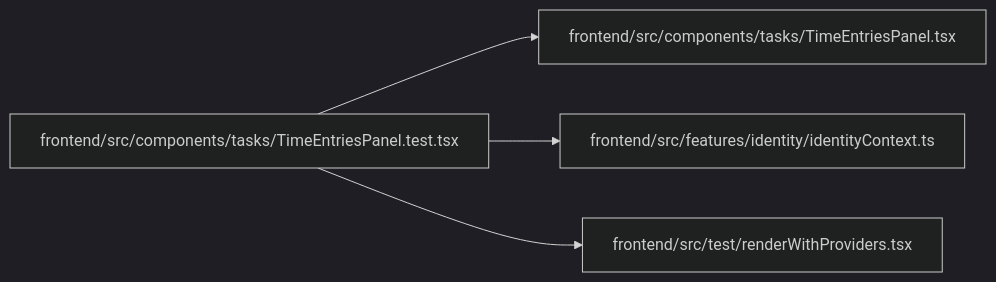
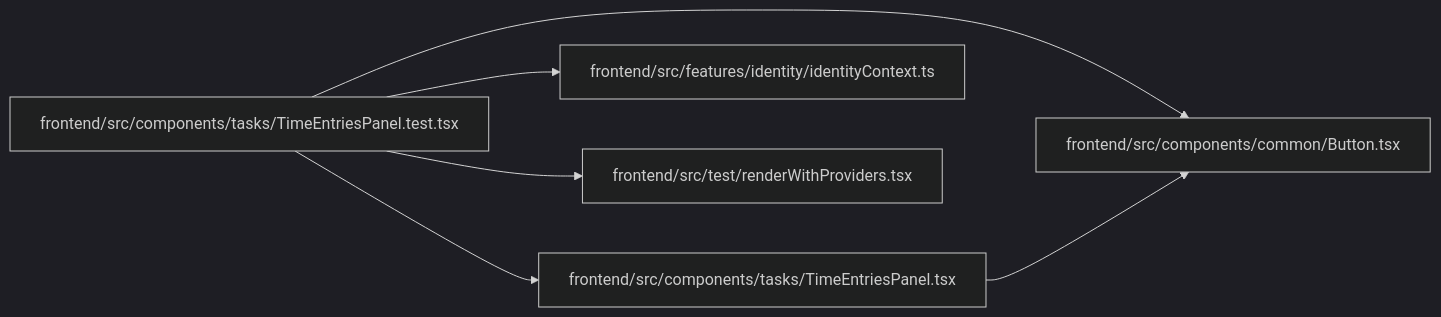
Before and after one commit to Denissvgn/WorkChord: the diagram in docs/llm_wiki/modules/TimeEntriesPanel.test.md, drawn with Mermaid (dark theme). The commit also changed other lines of this file and 2373 other files, not shown here.

````diff
--- a/docs/llm_wiki/modules/TimeEntriesPanel.test.md
+++ b/docs/llm_wiki/modules/TimeEntriesPanel.test.md
@@ -29,14 +30,18 @@
 ```mermaid
 flowchart LR
-    n0["frontend/src/components/tasks/TimeEntriesPanel.test.tsx"]
-    n1["frontend/src/components/tasks/TimeEntriesPanel.tsx"]
-    n2["frontend/src/features/identity/identityContext.ts"]
-    n3["frontend/src/test/renderWithProviders.tsx"]
-    n0 --> n1
-    n0 --> n2
-    n0 --> n3
-    click n0 "../modules/TimeEntriesPanel.test.md"
-    click n1 "../modules/TimeEntriesPanel.md"
-    click n2 "../modules/identityContext.md"
-    click n3 "../modules/renderWithProviders.md"
+    n0["frontend/src/components/common/Button.tsx"]
+    n1["frontend/src/components/tasks/TimeEntriesPanel.test.tsx"]
+    n2["frontend/src/components/tasks/TimeEntriesPanel.tsx"]
+    n3["frontend/src/features/identity/identityContext.ts"]
+    n4["frontend/src/test/renderWithProviders.tsx"]
+    n1 --> n0
+    n1 --> n2
+    n1 --> n3
+    n1 --> n4
+    n2 --> n0
+    click n0 "../modules/Button.md"
+    click n1 "../modules/TimeEntriesPanel.test.md"
+    click n2 "../modules/TimeEntriesPanel.md"
+    click n3 "../modules/identityContext.md"
+    click n4 "../modules/renderWithProviders.md"
 ```
````
